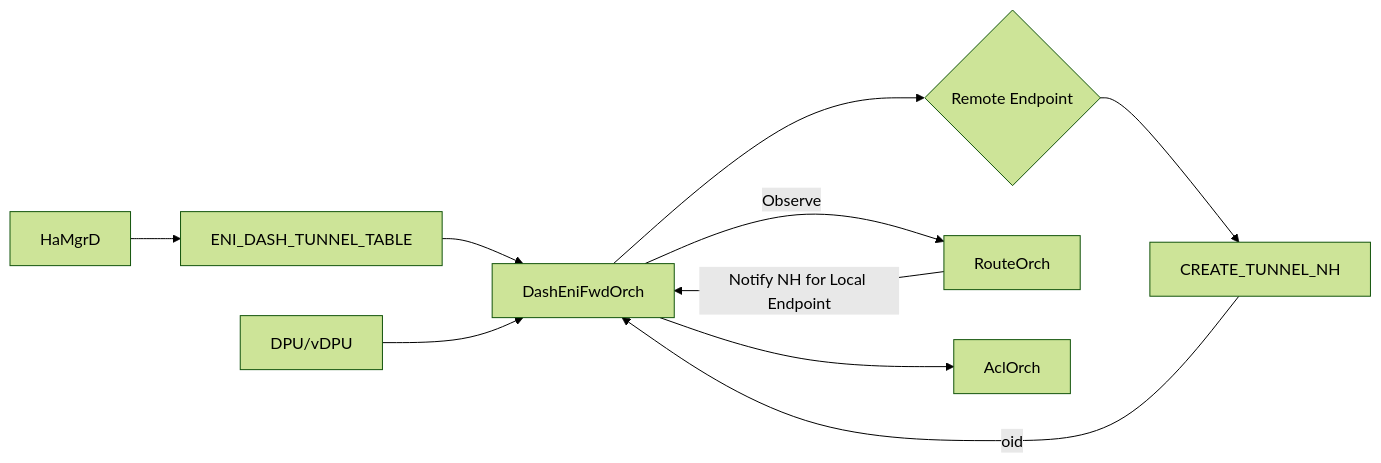
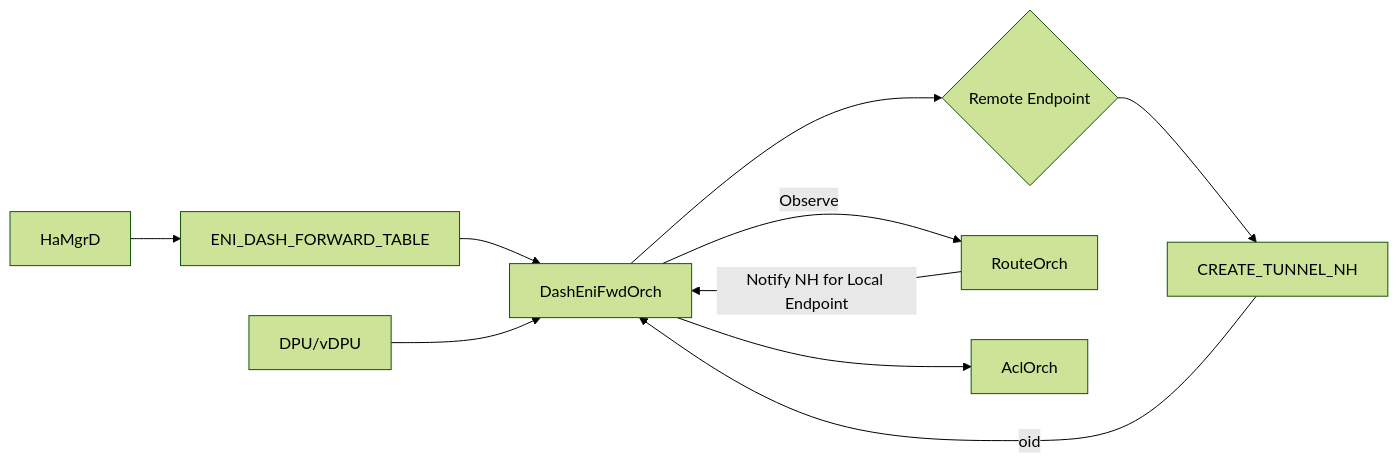
The diagram in doc/smart-switch/high-availability/eni-based-forwarding.md (sonic-net/SONiC), drawn with Mermaid (forest theme) before and after one commit. The commit also changed other lines of this file and 1 other file, not shown here.

````diff
--- a/doc/smart-switch/high-availability/eni-based-forwarding.md
+++ b/doc/smart-switch/high-availability/eni-based-forwarding.md
@@ -235,16 +250,16 @@
 ```mermaid
 flowchart LR
-    ENI_TABLE[ENI_DASH_TUNNEL_TABLE]
+    ENI_TABLE[ENI_DASH_FORWARD_TABLE]
 
     HaMgrD --> ENI_TABLE
     ENI_TABLE --> DashEniFwdOrch
 
     DashEniFwdOrch --> Ques1{Remote Endpoint}
     DashEniFwdOrch --> |Observe| RouteOrch
 
     Ques1 --> CREATE_TUNNEL_NH
     CREATE_TUNNEL_NH --> |oid| DashEniFwdOrch
     RouteOrch --> |Notify NH for Local Endpoint| DashEniFwdOrch
     DashEniFwdOrch --> AclOrch
     DPU/vDPU --> DashEniFwdOrch
 ```
````
